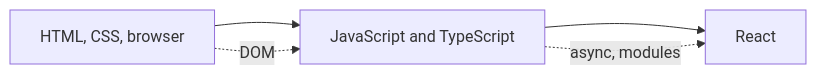
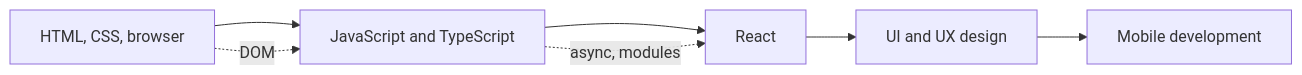
One commit to faiyaz-svg/CSFromTheGroundUp changed the diagram in docs/08-front-end/index.md. Above: the diagram before and after it, drawn with Mermaid. The commit also changed other lines of this file and 11 other files, not shown here.

````diff
--- a/docs/08-front-end/index.md
+++ b/docs/08-front-end/index.md
@@ -13,7 +13,9 @@
 ```mermaid
 flowchart LR
     A["HTML, CSS, browser"] --> B["JavaScript and TypeScript"]
     B --> C["React"]
+    C --> D["UI and UX design"]
+    D --> E["Mobile development"]
     A -. "DOM" .-> B
     B -. "async, modules" .-> C
 ```
````
